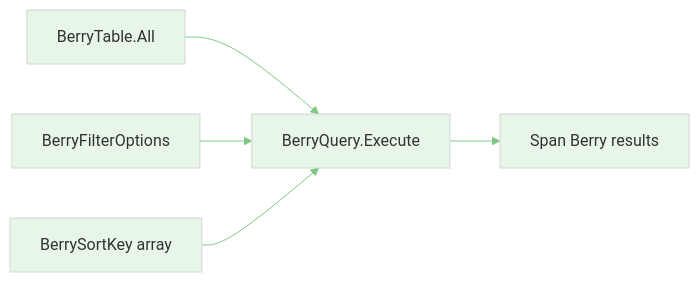
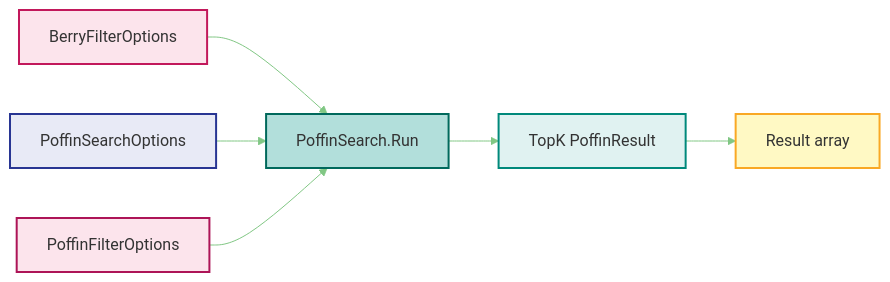
Before and after one commit to GlassToeStudio/BDSP: the first of 4 diagrams in docs/API.Flows.md, drawn with Mermaid. The commit also changed other lines of this file, not shown here.

Commit message:
colorize and arrange diagram.

````diff
--- a/docs/API.Flows.md
+++ b/docs/API.Flows.md
@@ -5,9 +5,17 @@
 ```mermaid
 %%{init: {'theme':'base', 'themeVariables': { 'primaryColor':'#e8f5e9','secondaryColor':'#fff3e0','tertiaryColor':'#e1f5fe', 'lineColor':'#81c784'}, 'themeCSS': '.flowchart-link { stroke-width: 2.5px !important; }'}}%%
 
 flowchart LR
-    A[BerryTable.All] --> B[BerryQuery.Execute]
-    C[BerryFilterOptions] --> B
-    D[BerrySortKey array] --> B
-    B --> E[Span Berry results]
+    A[BerryFilterOptions] --> B[PoffinSearch.Run]
+    C[PoffinSearchOptions] --> B
+    D[PoffinFilterOptions] --> B
+    B --> E[TopK PoffinResult]
+    E --> F[Result array]
+
+    style A fill:#fce4ec,stroke:#c2185b,stroke-width:2px
+    style B fill:#b2dfdb,stroke:#00695c,stroke-width:2px
+    style C fill:#e8eaf6,stroke:#283593,stroke-width:2px
+    style D fill:#fce4ec,stroke:#ad1457,stroke-width:2px
+    style E fill:#e0f2f1,stroke:#00897b,stroke-width:2px
+    style F fill:#fff9c4,stroke:#f9a825,stroke-width:2px
 ```
````
